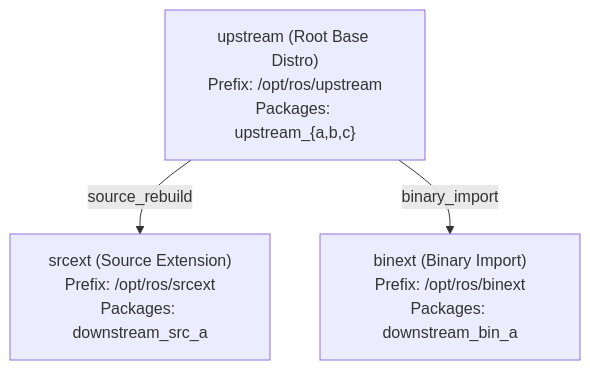
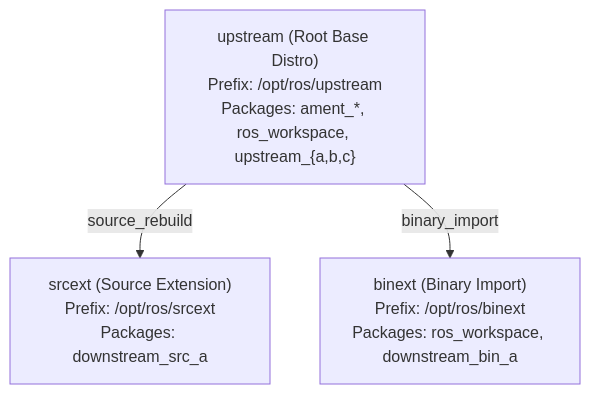
Before and after one commit to KmoM88/rep159-testing: the first of 2 diagrams in README.md, drawn with Mermaid. The commit also changed other lines of this file and 22 other files, not shown here.

Commit message:
Consolidate table/diagram docs, adopt jrivero commits, update Stage 1-3 testfarm evidence, and sanitize local endpoints

````diff
--- a/README.md
+++ b/README.md
@@ -43,9 +53,9 @@
 ```mermaid
 graph TD
-    U["upstream (Root Base Distro)<br>Prefix: /opt/ros/upstream<br>Packages: upstream_{a,b,c}"]
+    U["upstream (Root Base Distro)<br>Prefix: /opt/ros/upstream<br>Packages: ament_*, ros_workspace, upstream_{a,b,c}"]
     S["srcext (Source Extension)<br>Prefix: /opt/ros/srcext<br>Packages: downstream_src_a"]
-    B["binext (Binary Import)<br>Prefix: /opt/ros/binext<br>Packages: downstream_bin_a"]
+    B["binext (Binary Import)<br>Prefix: /opt/ros/binext<br>Packages: ros_workspace, downstream_bin_a"]
 
     U -->|source_rebuild| S
     U -->|binary_import| B
 ```
````
